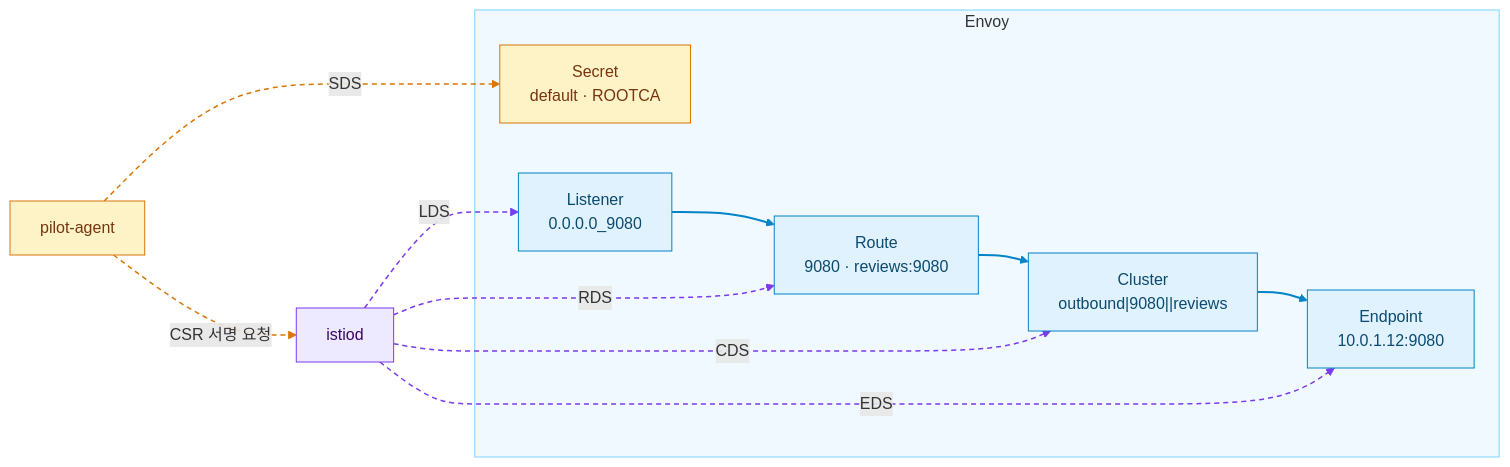
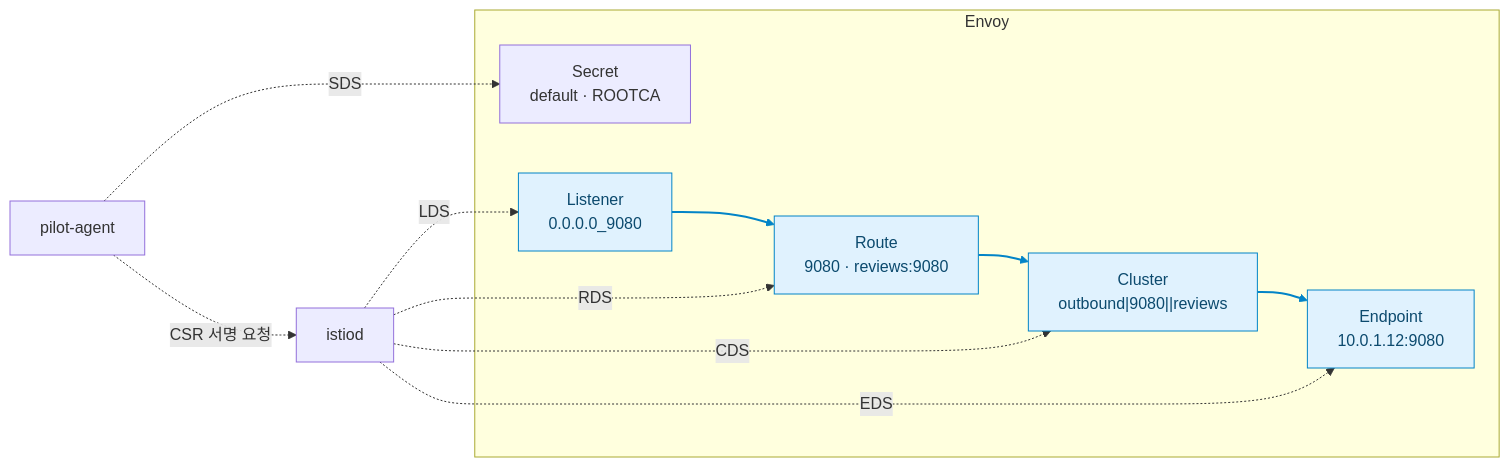
One commit to ChanghwanK/ChanghwanK.github.io changed the third of 6 diagrams in content/posts/2026-09-26-istio-envoy-xds/index.md. Above: the diagram before and after it, drawn with Mermaid. The commit also changed other lines of this file, not shown here.

First line of the commit message:
content(blog): tone diagrams down to a single blue accent

````diff
--- a/content/posts/2026-09-26-istio-envoy-xds/index.md
+++ b/content/posts/2026-09-26-istio-envoy-xds/index.md
@@ -126,25 +107,17 @@
 ```mermaid
 flowchart LR
   subgraph ENVOY["Envoy"]
     L["Listener<br/>0.0.0.0_9080"] --> R["Route<br/>9080 · reviews:9080"] --> C["Cluster<br/>outbound|9080||reviews"] --> E["Endpoint<br/>10.0.1.12:9080"]
     S["Secret<br/>default · ROOTCA"]
   end
-  I["istiod"] -->|LDS| L
-  I -->|RDS| R
-  I -->|CDS| C
-  I -->|EDS| E
-  PA["pilot-agent"] -->|SDS| S
-  PA -->|"CSR 서명 요청"| I
+  I["istiod"] -.->|LDS| L
+  I -.->|RDS| R
+  I -.->|CDS| C
+  I -.->|EDS| E
+  PA["pilot-agent"] -.->|SDS| S
+  PA -.->|"CSR 서명 요청"| I
 
-  classDef control fill:#ede9fe,stroke:#7c3aed,color:#3b0764
-  classDef cert fill:#fef3c7,stroke:#d97706,color:#78350f
-  classDef resource fill:#e0f2fe,stroke:#0284c7,color:#0c4a6e
-  class I control
-  class PA,S cert
-  class L,R,C,E resource
-  style ENVOY fill:#f0f9ff,stroke:#7dd3fc
-
+  classDef accent fill:#e0f2fe,stroke:#0284c7,color:#0c4a6e
+  class L,R,C,E accent
   linkStyle 0,1,2 stroke:#0284c7,stroke-width:2px
-  linkStyle 3,4,5,6 stroke:#7c3aed,stroke-width:1.5px,stroke-dasharray:5 4
-  linkStyle 7,8 stroke:#d97706,stroke-width:1.5px,stroke-dasharray:5 4
 ```
````
